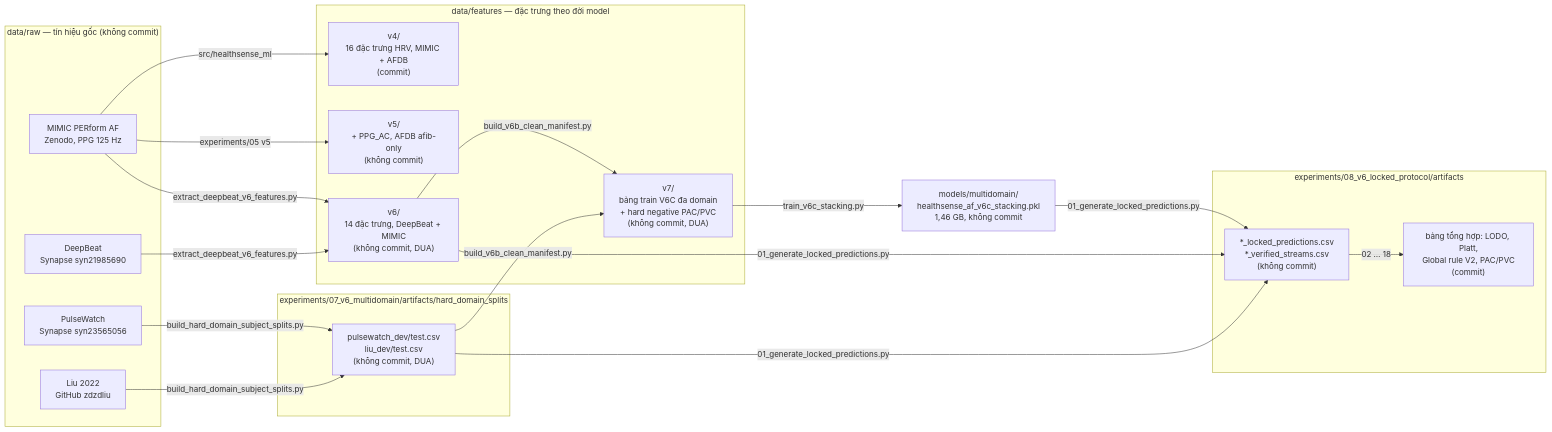
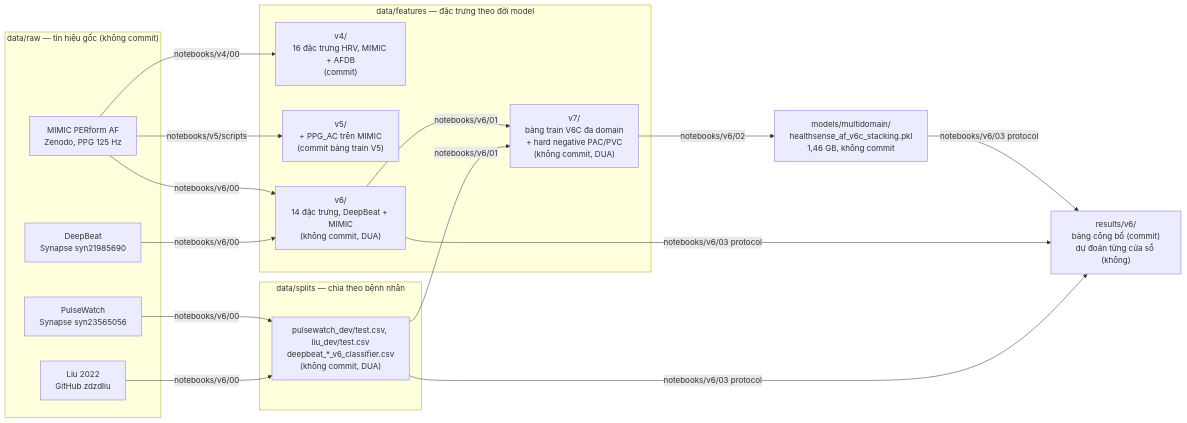
The diagram in data/README.md (HealthSense-IUH/HealthSense-MachineLearning-Lab), drawn with Mermaid before and after one commit. The commit also changed other lines of this file and 369 other files, not shown here.

First line of the commit message:
Rút repo về ba trụ cột: data/, notebooks/<version>/, src/healthsense_ml

````diff
--- a/data/README.md
+++ b/data/README.md
@@ -7,34 +7,28 @@
 ```mermaid
 flowchart LR
     subgraph RAW["data/raw — tín hiệu gốc (không commit)"]
         MIMIC["MIMIC PERform AF<br/>Zenodo, PPG 125 Hz"]
         DB["DeepBeat<br/>Synapse syn21985690"]
         PW["PulseWatch<br/>Synapse syn23565056"]
         LIU["Liu 2022<br/>GitHub zdzdliu"]
     end
 
     subgraph FEAT["data/features — đặc trưng theo đời model"]
         V4["v4/<br/>16 đặc trưng HRV, MIMIC + AFDB<br/>(commit)"]
-        V5["v5/<br/>+ PPG_AC, AFDB afib-only<br/>(không commit)"]
+        V5["v5/<br/>+ PPG_AC trên MIMIC<br/>(commit bảng train V5)"]
         V6["v6/<br/>14 đặc trưng, DeepBeat + MIMIC<br/>(không commit, DUA)"]
         V7["v7/<br/>bảng train V6C đa domain<br/>+ hard negative PAC/PVC<br/>(không commit, DUA)"]
     end
 
-    subgraph SPLIT["experiments/07_v6_multidomain/artifacts/hard_domain_splits"]
-        SP["pulsewatch_dev/test.csv<br/>liu_dev/test.csv<br/>(không commit, DUA)"]
+    subgraph SPLIT["data/splits — chia theo bệnh nhân"]
+        SP["pulsewatch_dev/test.csv, liu_dev/test.csv<br/>deepbeat_*_v6_classifier.csv<br/>(không commit, DUA)"]
     end
 
-    subgraph PRED["experiments/08_v6_locked_protocol/artifacts"]
-        LP["*_locked_predictions.csv<br/>*_verified_streams.csv<br/>(không commit)"]
-        SUM["bảng tổng hợp: LODO, Platt,<br/>Global rule V2, PAC/PVC<br/>(commit)"]
-    end
-
-    MIMIC -->|src/healthsense_ml| V4
-    MIMIC -->|experiments/05 v5| V5
-    MIMIC & DB -->|extract_deepbeat_v6_features.py| V6
-    PW & LIU -->|build_hard_domain_subject_splits.py| SP
-    V6 & SP -->|build_v6b_clean_manifest.py| V7
-    V7 -->|train_v6c_stacking.py| MODEL["models/multidomain/<br/>healthsense_af_v6c_stacking.pkl<br/>1,46 GB, không commit"]
-    MODEL & V6 & SP -->|01_generate_locked_predictions.py| LP
-    LP -->|02 … 18| SUM
+    MIMIC -->|notebooks/v4/00| V4
+    MIMIC -->|notebooks/v5/scripts| V5
+    MIMIC & DB -->|notebooks/v6/00| V6
+    PW & LIU -->|notebooks/v6/00| SP
+    V6 & SP -->|notebooks/v6/01| V7
+    V7 -->|notebooks/v6/02| MODEL["models/multidomain/<br/>healthsense_af_v6c_stacking.pkl<br/>1,46 GB, không commit"]
+    MODEL & V6 & SP -->|notebooks/v6/03 protocol| RES["results/v6/<br/>bảng công bố (commit)<br/>dự đoán từng cửa sổ (không)"]
 ```
````
